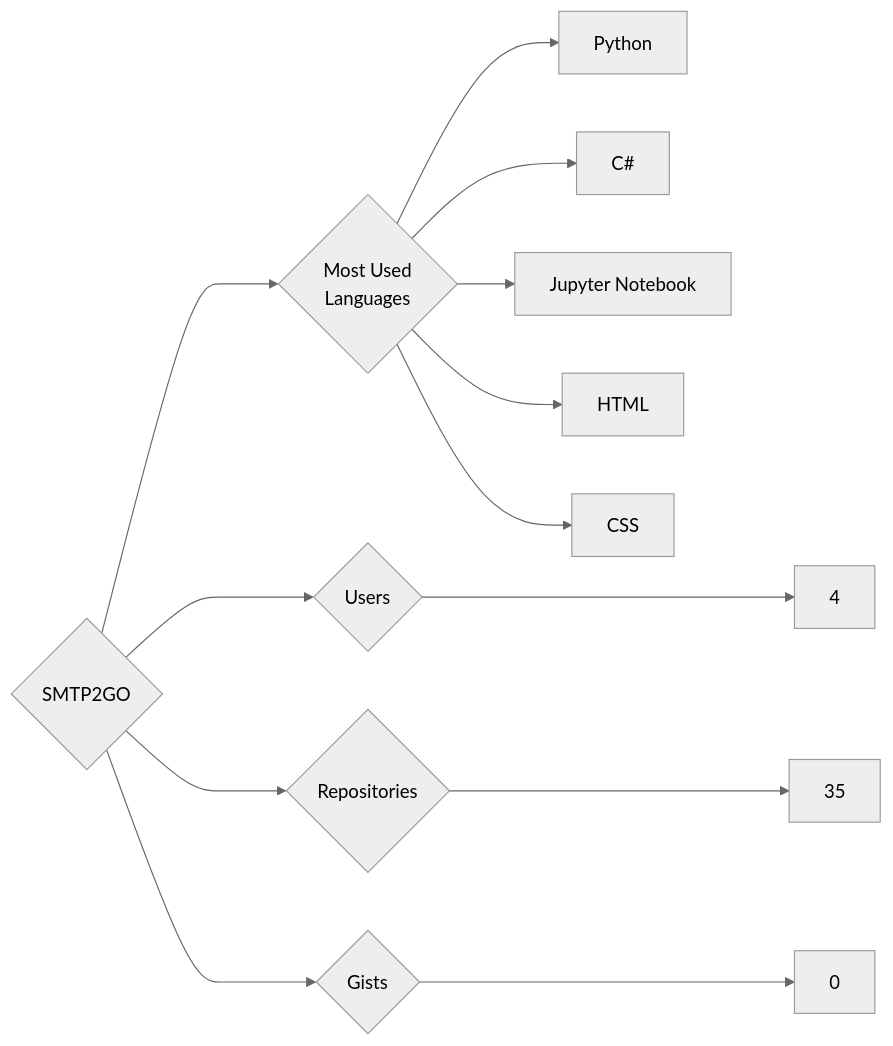
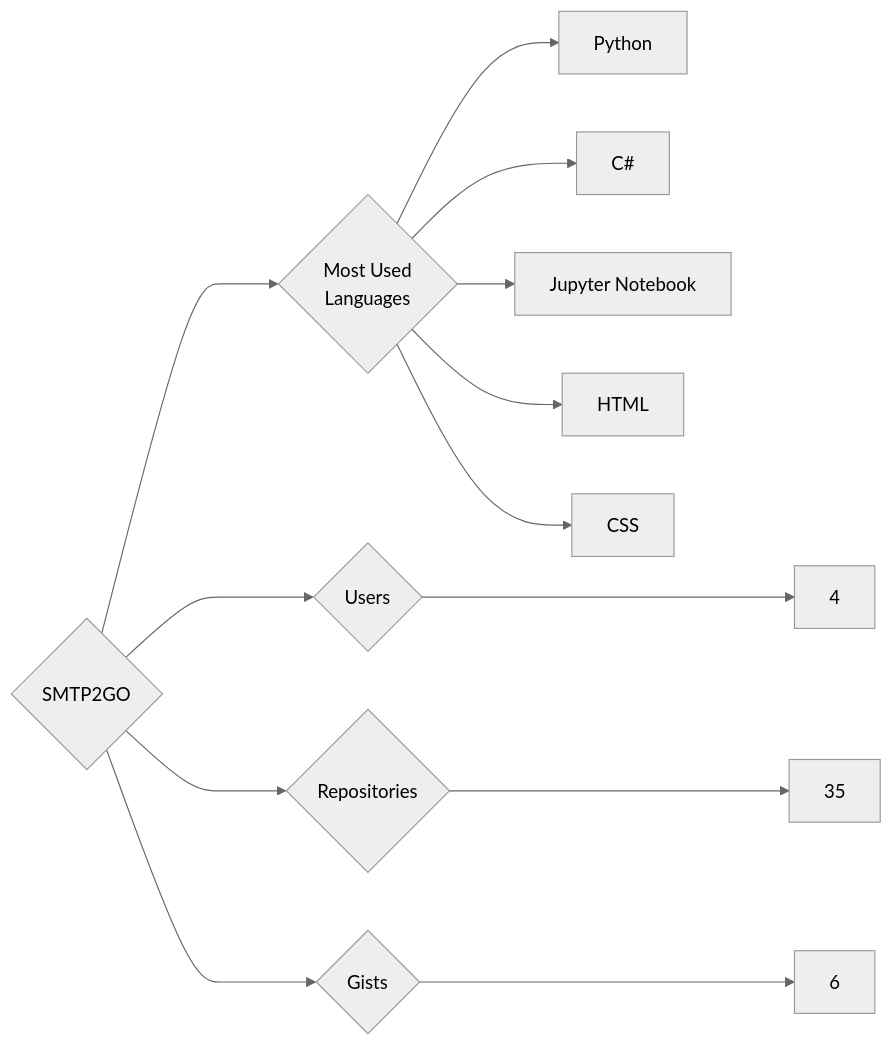
Before and after one commit to trickest/insiders: the diagram in targets/SMTP2GO/README.md, drawn with Mermaid (neutral theme). The commit also changed 948 other files, not shown here.

````diff
--- a/targets/SMTP2GO/README.md
+++ b/targets/SMTP2GO/README.md
@@ -3,13 +3,13 @@
 ```mermaid
 graph LR
 COMPANY_NAME{SMTP2GO}
 COMPANY_NAME ---> U{Users} ---> UN[4]
 COMPANY_NAME ---> R{Repositories} ---> RN[35]
-COMPANY_NAME ---> G{Gists} ---> GN[0]
+COMPANY_NAME ---> G{Gists} ---> GN[6]
 COMPANY_NAME ---> ML{Most Used<br>Languages}
 ML --> Python[Python]
 ML --> C#[C#]
 ML --> Jupyter_Notebook[Jupyter Notebook]
 ML --> HTML[HTML]
 ML --> CSS[CSS]
 ```
````
